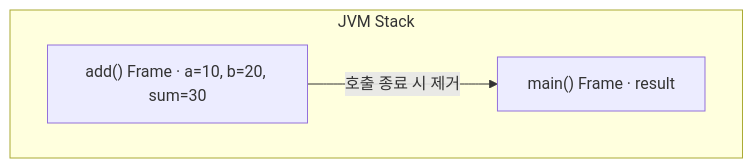
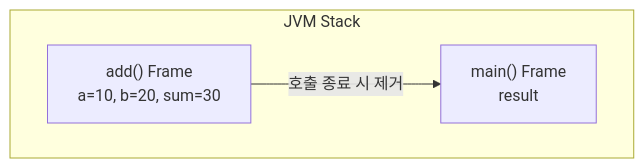
Before and after one commit to SangCheonP/Tech-Interview: the first of 7 diagrams in Language/Java/JVM/03. Stack과 Heap.md, drawn with Mermaid. The commit also changed other lines of this file, not shown here.

Commit message:
docs: center multiline JVM diagram labels

````diff
--- a/Language/Java/JVM/03. Stack과 Heap.md
+++ b/Language/Java/JVM/03. Stack과 Heap.md
@@ -41,8 +41,8 @@
 ```mermaid
 flowchart TB
     subgraph stack["JVM Stack"]
-        add["add() Frame · a=10, b=20, sum=30"]
-        main["main() Frame · result"]
+        add["add() Frame<br/>a=10, b=20, sum=30"]
+        main["main() Frame<br/>result"]
         add -->|호출 종료 시 제거| main
     end
 ```
````
